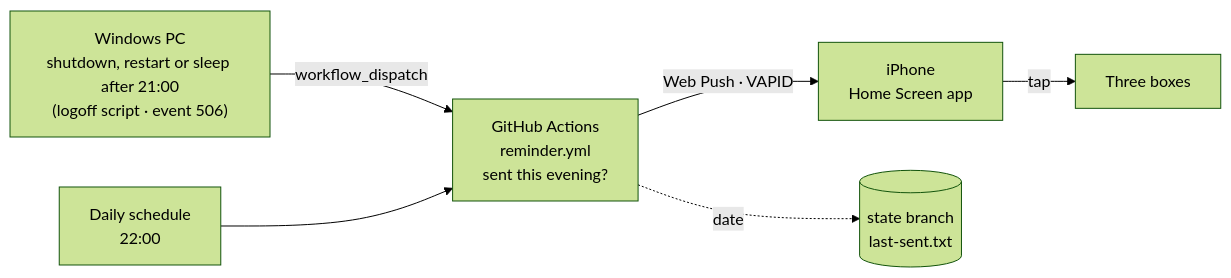
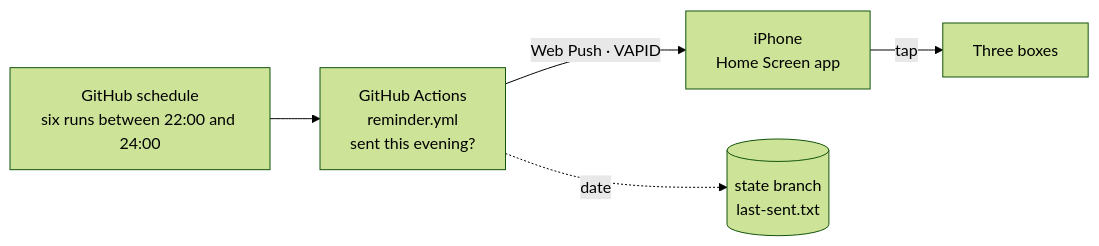
One commit to YILDIRIMZX/aksam-notu changed the diagram in README.md. Above: the diagram before and after it, drawn with Mermaid (forest theme). The commit also changed other lines of this file and 12 other files, not shown here.

````diff
--- a/README.md
+++ b/README.md
@@ -33,8 +33,7 @@
 ```mermaid
 flowchart LR
-  PC["Windows PC<br/>shutdown, restart or sleep after 21:00<br/>(logoff script · event 506)"] -- "workflow_dispatch" --> GA
-  Cron["Daily schedule<br/>22:00"] --> GA
+  Cron["GitHub schedule<br/>six runs between 22:00 and 24:00"] --> GA
   GA["GitHub Actions<br/>reminder.yml<br/>sent this evening?"] -- "Web Push · VAPID" --> Phone["iPhone<br/>Home Screen app"]
   GA -. "date" .-> State[("state branch<br/>last-sent.txt")]
   Phone -- "tap" --> Note["Three boxes"]
 ```
````
